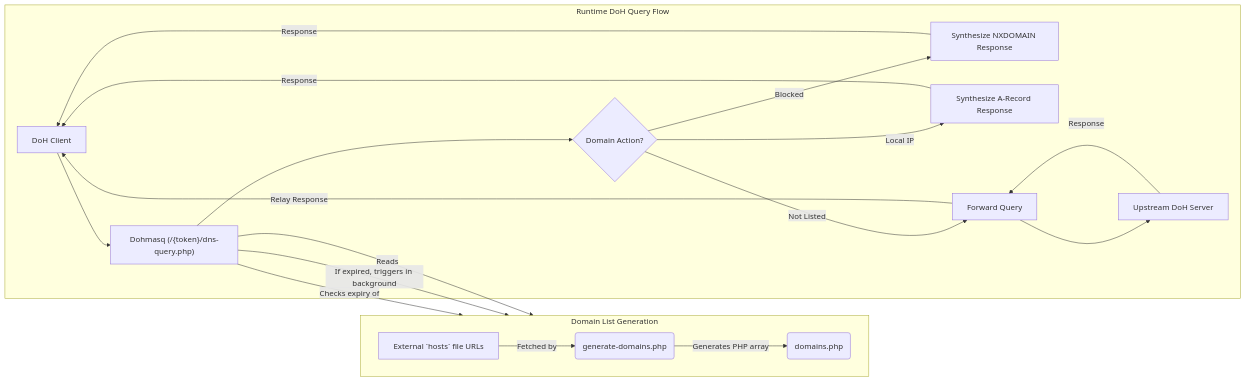
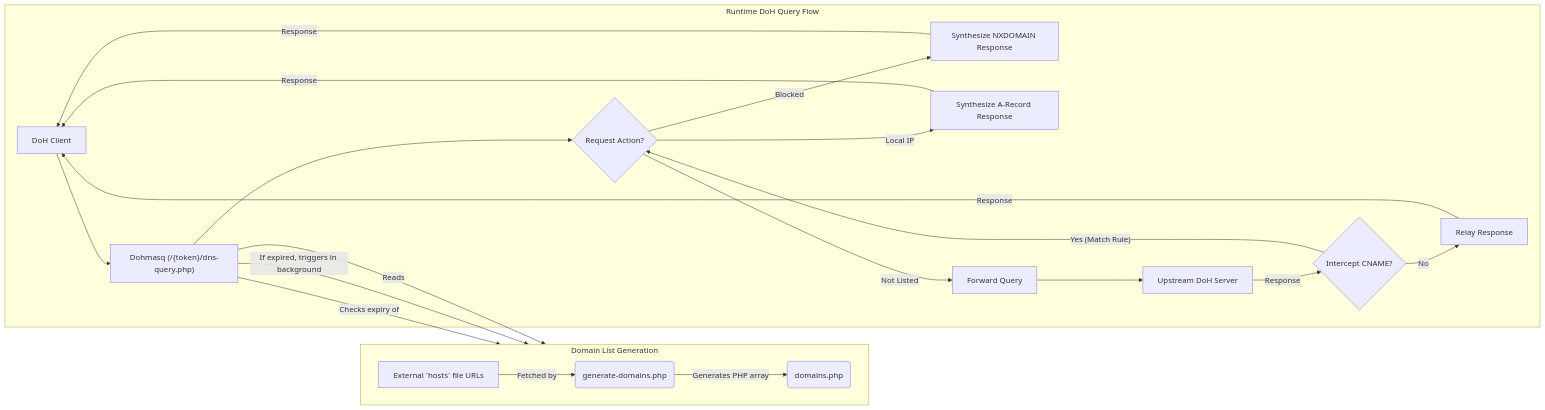
The diagram in README.md (asannou/dohmasq), drawn with Mermaid before and after one commit. The commit also changed other lines of this file and 1 other file, not shown here.

Commit message:
docs: update README with CNAME interception and DNS compression support
Reflected the recent changes in both English and Japanese READMEs,
including the updated architecture diagram and feature descriptions.

````diff
--- a/README.md
+++ b/README.md
@@ -20,24 +21,26 @@
 ```mermaid
 graph LR
     subgraph "Domain List Generation"
         direction LR
         A[External `hosts` file URLs] --"Fetched by"--> B(generate-domains.php);
         B --"Generates PHP array"--> C(domains.php);
     end
 
     subgraph "Runtime DoH Query Flow"
         D[DoH Client] --> E["Dohmasq (/{token}/dns-query.php)"];
         E --"Checks expiry of"--> C;
         E --"If expired, triggers in background"--> B;
         E --"Reads"--> C;
-        E --> F{Domain Action?};
+        E --> F{Request Action?};
         F --"Blocked"--> G[Synthesize NXDOMAIN Response];
         F --"Local IP"--> H[Synthesize A-Record Response];
         F --"Not Listed"--> I[Forward Query];
         I --> J[Upstream DoH Server];
-        J --"Response"--> I;
+        J --"Response"--> K{Intercept CNAME?};
+        K --"Yes (Match Rule)"--> F;
+        K --"No"--> L[Relay Response];
         G --"Response"--> D;
         H --"Response"--> D;
-        I --"Relay Response"--> D;
+        L --"Response"--> D;
     end
 ```
````
